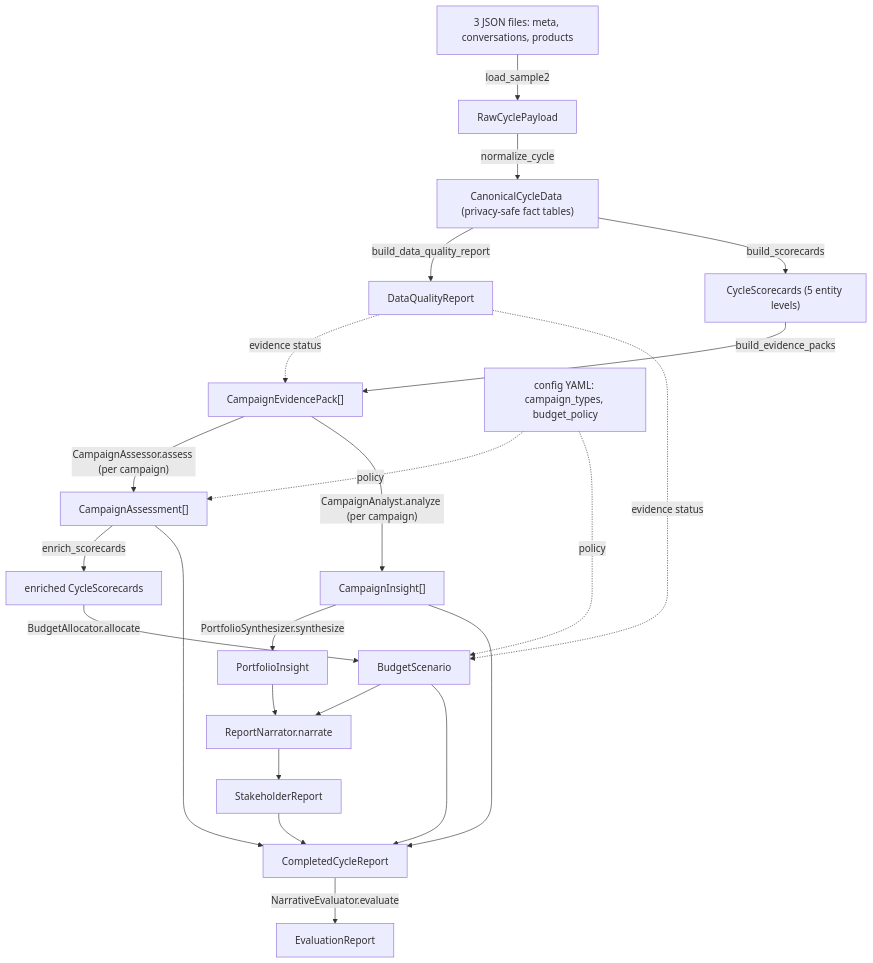
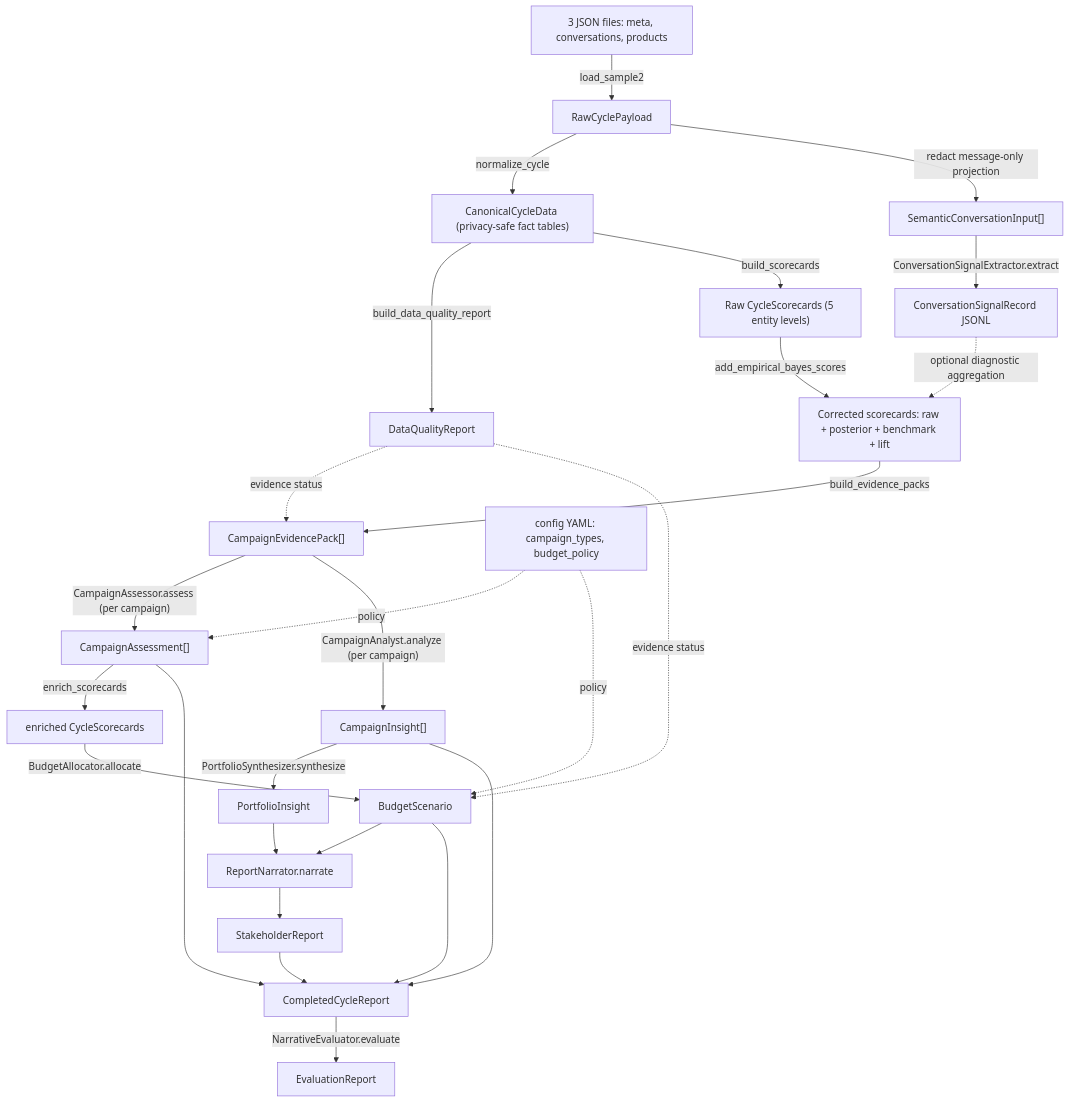
Before and after one commit to WaelMohsen/Team2-MarketingExpert: the first of 5 diagrams in src_2/docs/architecture.md, drawn with Mermaid. The commit also changed other lines of this file and 55 other files, not shown here.

````diff
--- a/src_2/docs/architecture.md
+++ b/src_2/docs/architecture.md
@@ -20,26 +20,30 @@
 ```mermaid
 flowchart TD
     RAW["3 JSON files: meta, conversations, products"] -->|load_sample2| RP[RawCyclePayload]
     RP -->|normalize_cycle| CAN["CanonicalCycleData (privacy-safe fact tables)"]
+    RP -->|redact message-only projection| SI["SemanticConversationInput[]"]
+    SI -->|ConversationSignalExtractor.extract| CSR["ConversationSignalRecord JSONL"]
     CAN -->|build_data_quality_report| DQ[DataQualityReport]
-    CAN -->|build_scorecards| SC["CycleScorecards (5 entity levels)"]
+    CAN -->|build_scorecards| RAWSC["Raw CycleScorecards (5 entity levels)"]
+    RAWSC -->|add_empirical_bayes_scores| SC["Corrected scorecards: raw + posterior + benchmark + lift"]
+    CSR -. optional diagnostic aggregation .-> SC
     SC -->|build_evidence_packs| EP["CampaignEvidencePack[]"]
     EP -->|"CampaignAssessor.assess (per campaign)"| AS["CampaignAssessment[]"]
     AS -->|enrich_scorecards| ES["enriched CycleScorecards"]
     ES -->|"BudgetAllocator.allocate"| BS[BudgetScenario]
     EP -->|"CampaignAnalyst.analyze (per campaign)"| CI["CampaignInsight[]"]
     CI -->|"PortfolioSynthesizer.synthesize"| PI[PortfolioInsight]
     PI --> NAR
     BS --> NAR["ReportNarrator.narrate"]
     NAR --> SR[StakeholderReport]
     AS --> RPT
     BS --> RPT
     CI --> RPT
     SR --> RPT[CompletedCycleReport]
     RPT -->|"NarrativeEvaluator.evaluate"| ER[EvaluationReport]
 
     DQ -. evidence status .-> EP
     DQ -. evidence status .-> BS
     CFG["config YAML: campaign_types, budget_policy"] -. policy .-> AS
     CFG -. policy .-> BS
 ```
````
